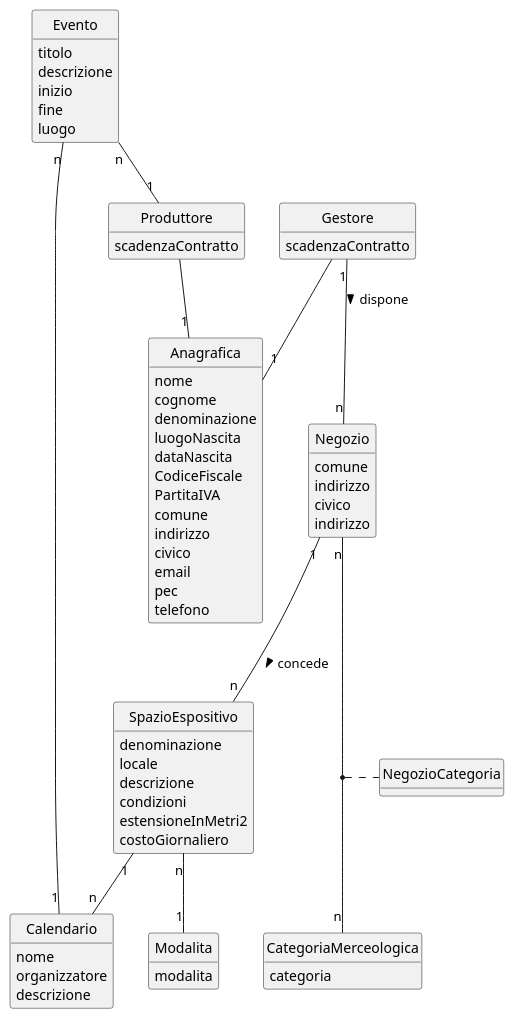
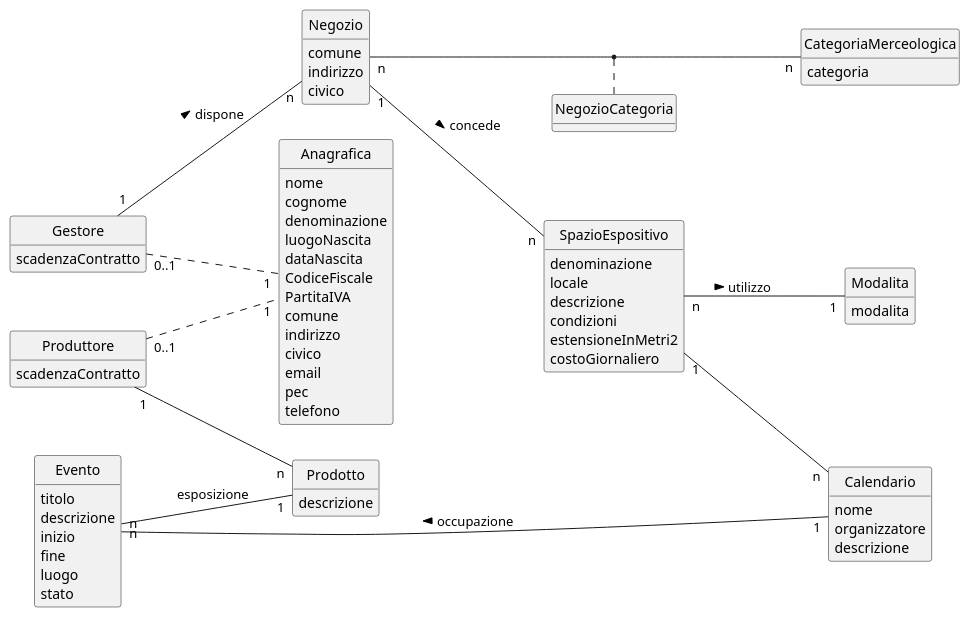
One commit to gionatamassibenincasa/as-25-26 changed the diagram in 5a/sharingomega/sharingomega-concettuale.puml. Above: the diagram before and after it, drawn with PlantUML. The commit also changed 5 other files, not shown here.

```diff
--- a/5a/sharingomega/sharingomega-concettuale.puml
+++ b/5a/sharingomega/sharingomega-concettuale.puml
@@ -1,82 +1,93 @@
 @startuml
 hide circle
 hide method
+left to right direction
 
 class Anagrafica {
   nome
   cognome
   denominazione
   luogoNascita
   dataNascita
   CodiceFiscale
   PartitaIVA
   comune
   indirizzo
   civico
   email
   pec
   telefono
 }
 
 class Gestore {
   scadenzaContratto
 }
 
 class Produttore {
   scadenzaContratto
 }
 
-Gestore -- "1" Anagrafica
-Produttore -- "1" Anagrafica
+class Prodotto {
+  descrizione
+}
+
+Produttore "1" -- "n" Prodotto
+
+Gestore "0..1" .. "1" Anagrafica
+Produttore"0..1" .. "1" Anagrafica
 
 class Negozio {
   comune
   indirizzo
   civico
-  indirizzo
 }
 
 class CategoriaMerceologica {
   categoria
 }
 
 class Modalita {
   modalita
 }
 
 class SpazioEspositivo {
   denominazione
   locale
   descrizione
   condizioni
   estensioneInMetri2
   costoGiornaliero
 }
 
+class NegozioCategoria {
+}
+
 Gestore "1" -- "n" Negozio : dispone >
 
 Negozio "1" -- "n" SpazioEspositivo : concede >
 Negozio "n" -- "n" CategoriaMerceologica
 (Negozio, CategoriaMerceologica) .. NegozioCategoria
 
-SpazioEspositivo "n" -- "1" Modalita
-class Evento {
-  titolo
-  descrizione
-  inizio
-  fine
-  luogo
-}
+SpazioEspositivo "n" -- "1" Modalita : utilizzo >
 
 class Calendario {
   nome
   organizzatore
   descrizione
 }
 
-Evento "n" -- "1" Calendario
+class Evento {
+  titolo
+  descrizione
+  inizio
+  fine
+  luogo
+  stato
+}
+
+Evento "n" -- "1" Calendario : occupazione <
 
 SpazioEspositivo "1" -- "n" Calendario
 
-Evento "n" -- "1" Produttore
+Evento "n" -- "1" Prodotto : esposizione
 @enduml
```
